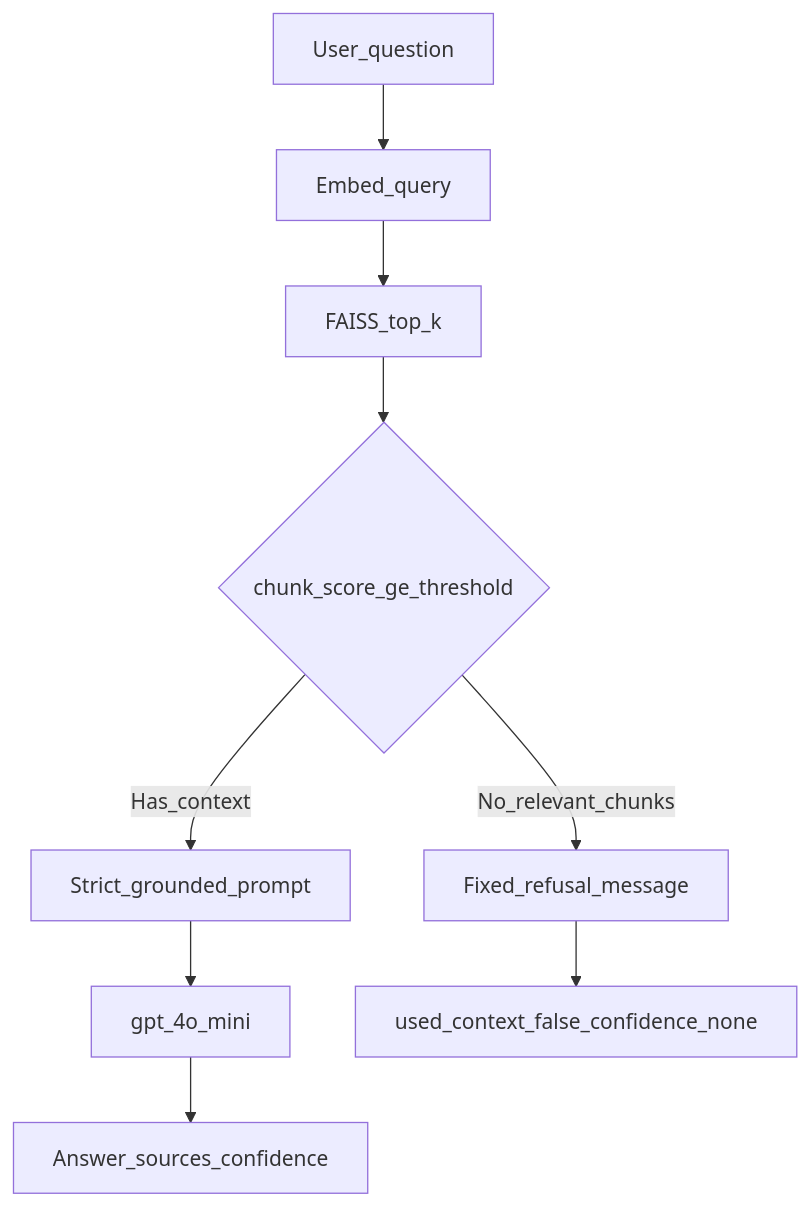
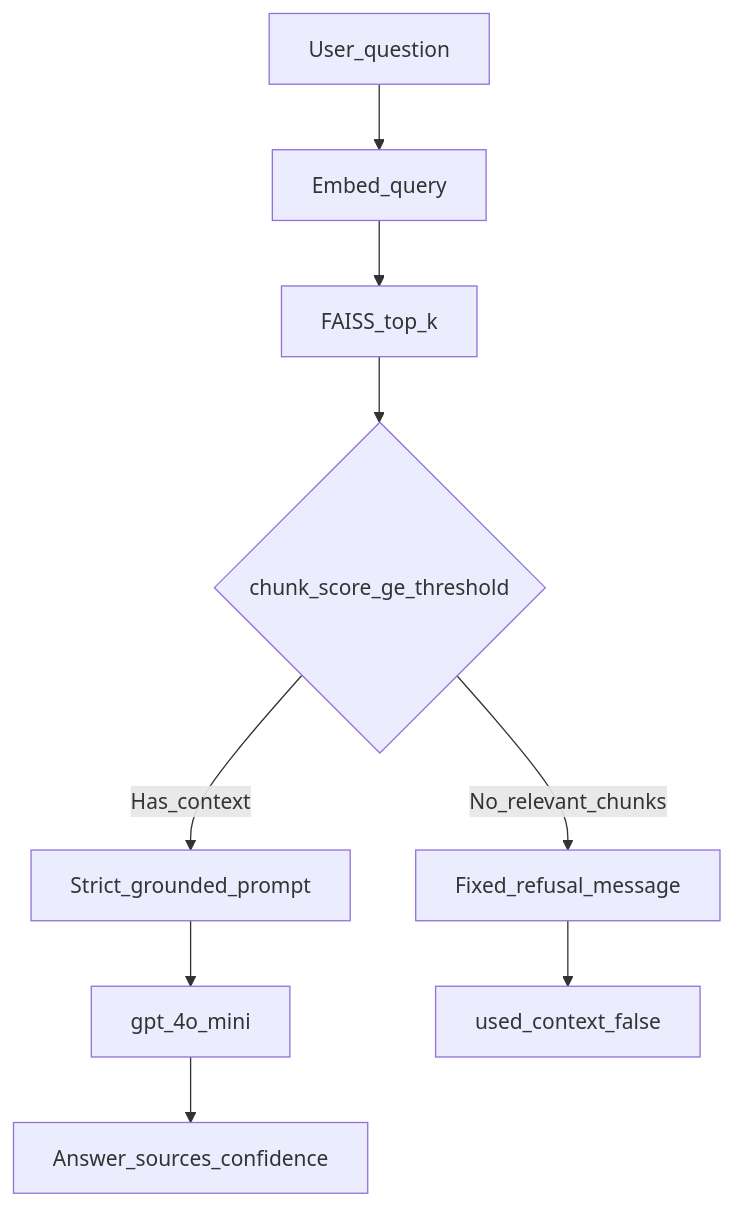
Before and after one commit to reem-mor/ai-engineering-portfolio: the third of 3 diagrams in projects/incident-assistant-rag/README.md, drawn with Mermaid. The commit also changed other lines of this file and 41 other files, not shown here.

````diff
--- a/projects/incident-assistant-rag/README.md
+++ b/projects/incident-assistant-rag/README.md
@@ -97,11 +108,11 @@
 ```mermaid
 flowchart TD
   Q[User_question] --> EmbedQ[Embed_query]
   EmbedQ --> Search[FAISS_top_k]
   Search --> Filter{chunk_score_ge_threshold}
   Filter -->|No_relevant_chunks| Refuse[Fixed_refusal_message]
   Filter -->|Has_context| Prompt[Strict_grounded_prompt]
   Prompt --> LLM[gpt_4o_mini]
   LLM --> Out[Answer_sources_confidence]
-  Refuse --> NoCtx[used_context_false_confidence_none]
+  Refuse --> NoCtx[used_context_false]
 ```
````
